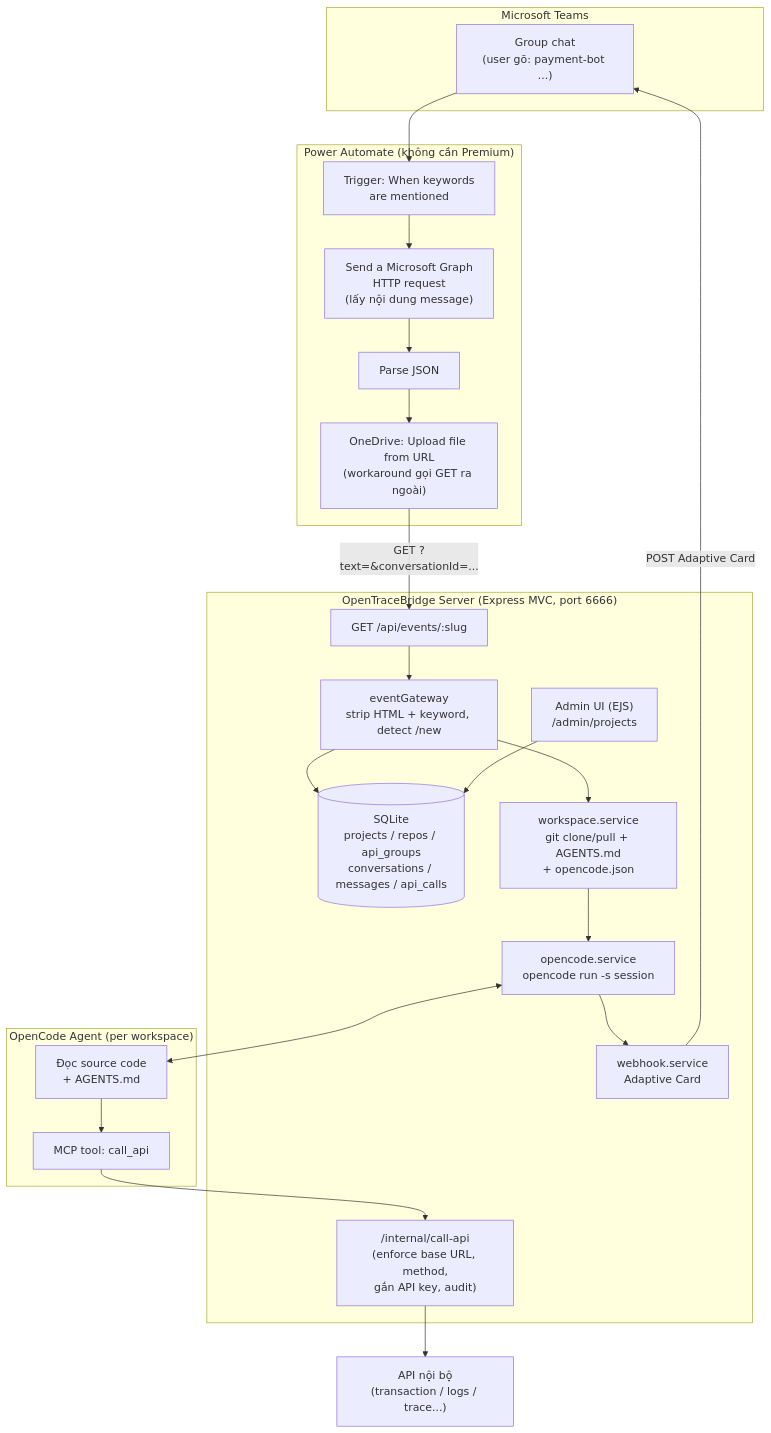
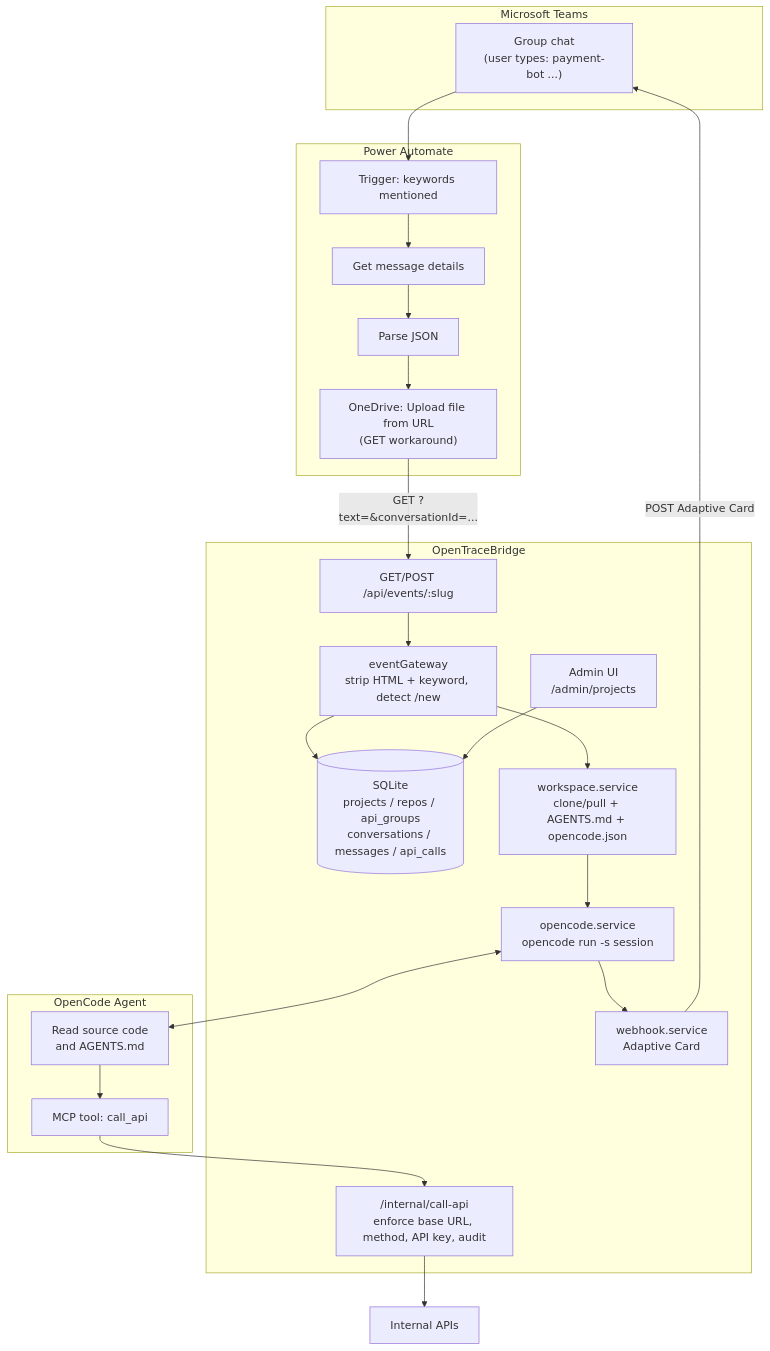
One commit to sowndev0106/open-trace-bridge changed the first of 4 diagrams in docs/DIAGRAMS.md. Above: the diagram before and after it, drawn with Mermaid. The commit also changed other lines of this file and 33 other files, not shown here.

Commit message:
feat: move admin port 6667 -> 8667 (Chrome unsafe-port list); docs/strings to English

````diff
--- a/docs/DIAGRAMS.md
+++ b/docs/DIAGRAMS.md
@@ -5,43 +5,43 @@
 ```mermaid
 flowchart TB
     subgraph TEAMS["Microsoft Teams"]
-        GC["Group chat<br/>(user gõ: payment-bot ...)"]
+        GC["Group chat<br/>(user types: payment-bot ...)"]
     end
 
-    subgraph PA["Power Automate (không cần Premium)"]
-        TR["Trigger: When keywords<br/>are mentioned"]
-        GR["Send a Microsoft Graph<br/>HTTP request<br/>(lấy nội dung message)"]
+    subgraph PA["Power Automate"]
+        TR["Trigger: keywords mentioned"]
+        GR["Get message details"]
         PJ["Parse JSON"]
-        UP["OneDrive: Upload file from URL<br/>(workaround gọi GET ra ngoài)"]
+        UP["OneDrive: Upload file from URL<br/>(GET workaround)"]
         TR --> GR --> PJ --> UP
     end
 
-    subgraph SRV["OpenTraceBridge Server (Express MVC, port 6666)"]
-        EV["GET /api/events/:slug"]
+    subgraph SRV["OpenTraceBridge"]
+        EV["GET/POST /api/events/:slug"]
         GW["eventGateway<br/>strip HTML + keyword, detect /new"]
         DB[("SQLite<br/>projects / repos / api_groups<br/>conversations / messages / api_calls")]
-        ADM["Admin UI (EJS)<br/>/admin/projects"]
-        WS["workspace.service<br/>git clone/pull + AGENTS.md<br/>+ opencode.json"]
+        ADM["Admin UI<br/>/admin/projects"]
+        WS["workspace.service<br/>clone/pull + AGENTS.md + opencode.json"]
         OC["opencode.service<br/>opencode run -s session"]
-        IN["/internal/call-api<br/>(enforce base URL, method,<br/>gắn API key, audit)"]
+        IN["/internal/call-api<br/>enforce base URL, method, API key, audit"]
         WH["webhook.service<br/>Adaptive Card"]
         EV --> GW --> DB
         GW --> WS --> OC
         OC --> WH
         ADM --> DB
     end
 
-    subgraph AGENT["OpenCode Agent (per workspace)"]
-        AG["Đọc source code<br/>+ AGENTS.md"]
+    subgraph AGENT["OpenCode Agent"]
+        AG["Read source code<br/>and AGENTS.md"]
         MCP["MCP tool: call_api"]
         AG --> MCP
     end
 
-    EXT["API nội bộ<br/>(transaction / logs / trace...)"]
+    EXT["Internal APIs"]
 
     GC --> TR
     UP -- "GET ?text=&conversationId=..." --> EV
     OC <--> AG
     MCP --> IN --> EXT
     WH -- "POST Adaptive Card" --> GC
 ```
````
